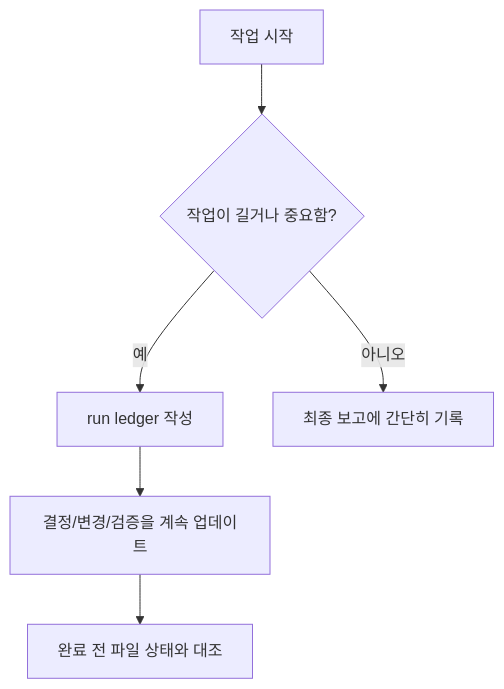
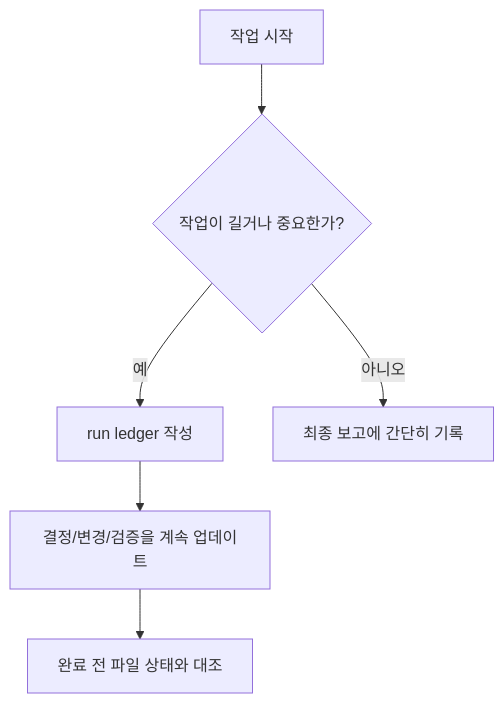
Before and after one commit to blackstarzck/topik-project-v13: the diagram in docs/ai-workflow/runs/README.md, drawn with Mermaid. The commit also changed other lines of this file and 34 other files, not shown here.

````diff
--- a/docs/ai-workflow/runs/README.md
+++ b/docs/ai-workflow/runs/README.md
@@ -8,8 +8,8 @@
 ```mermaid
 flowchart TD
-    A["작업 시작"] --> B{"작업이 길거나 중요함?"}
+    A["작업 시작"] --> B{"작업이 길거나 중요한가?"}
     B -->|"예"| C["run ledger 작성"]
     B -->|"아니오"| D["최종 보고에 간단히 기록"]
     C --> E["결정/변경/검증을 계속 업데이트"]
     E --> F["완료 전 파일 상태와 대조"]
 ```
````
